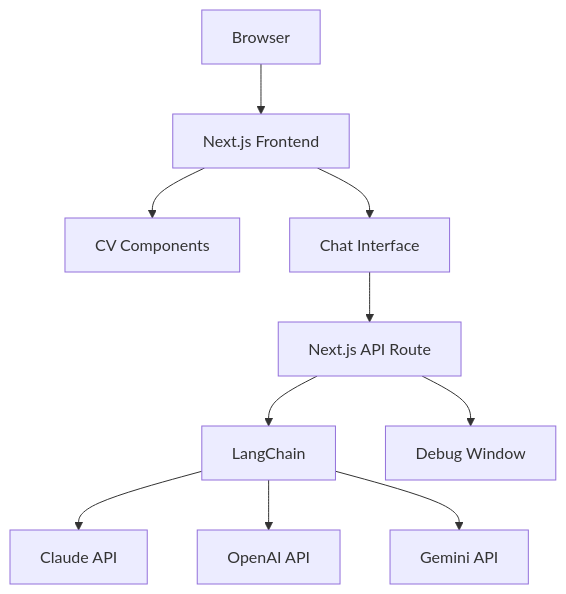
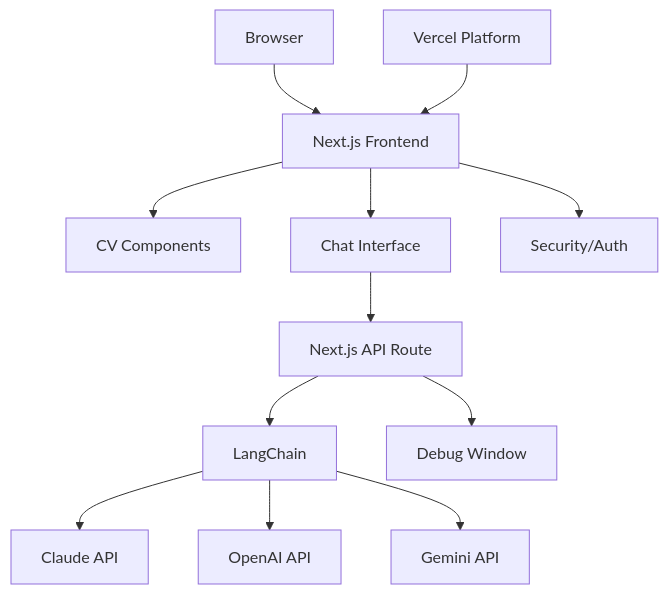
The first of 2 diagrams in README.md (dawsonpaul/cv-website), drawn with Mermaid before and after one commit. The commit also changed other lines of this file and 13 other files, not shown here.

Commit message:
Update README with security/authentication and Vercel deployment details; add authentication components

````diff
--- a/README.md
+++ b/README.md
@@ -41,12 +46,14 @@
 ```mermaid
 graph TD
     A[Browser] --> B[Next.js Frontend]
     B --> C[CV Components]
     B --> D[Chat Interface]
+    B --> S[Security/Auth]
     D --> E[Next.js API Route]
     E --> F[LangChain]
     F --> G[Claude API]
     F --> H[OpenAI API]
     F --> I[Gemini API]
     E --> J[Debug Window]
+    V[Vercel Platform] --> B
 ```
````
